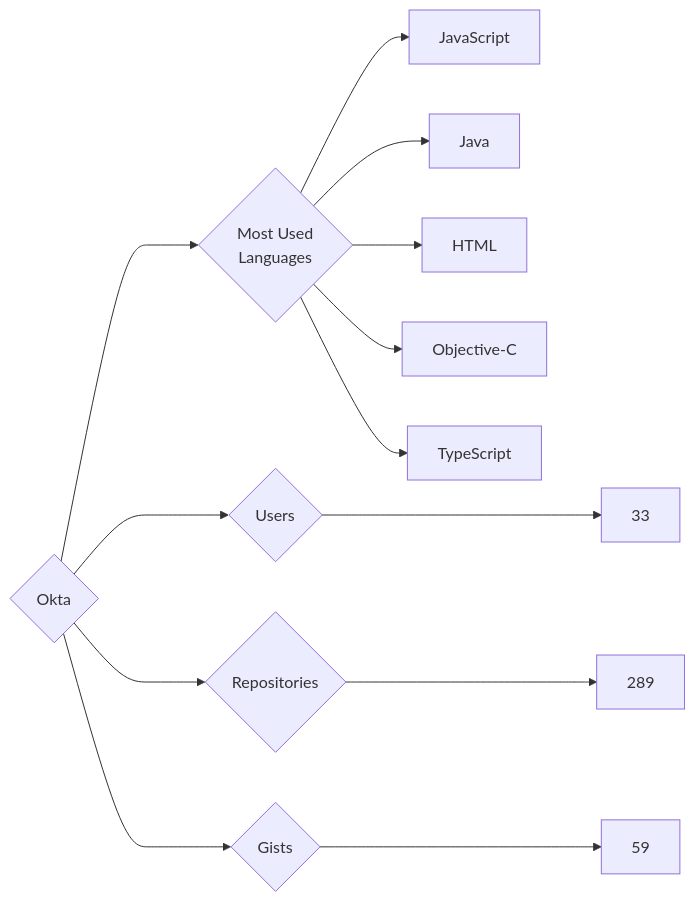
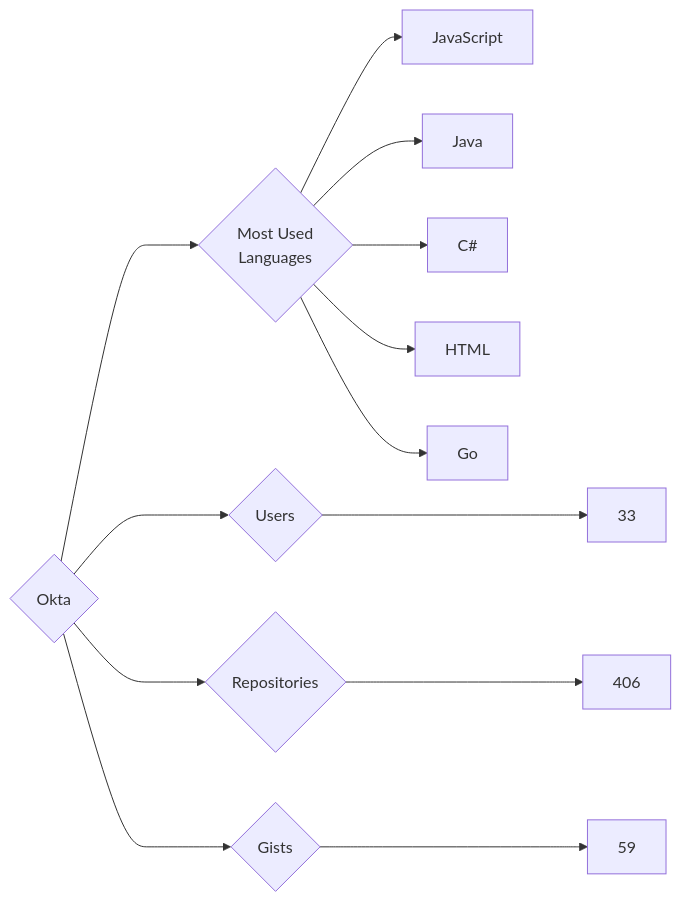
One commit to trickest/insiders changed the diagram in targets/Okta/README.md. Above: the diagram before and after it, drawn with Mermaid. The commit also changed 765 other files, not shown here.

````diff
--- a/targets/Okta/README.md
+++ b/targets/Okta/README.md
@@ -3,13 +3,13 @@
 ```mermaid
 graph LR
 COMPANY_NAME{Okta}
 COMPANY_NAME ---> U{Users} ---> UN[33]
-COMPANY_NAME ---> R{Repositories} ---> RN[289]
+COMPANY_NAME ---> R{Repositories} ---> RN[406]
 COMPANY_NAME ---> G{Gists} ---> GN[59]
 COMPANY_NAME ---> ML{Most Used<br>Languages}
 ML --> JavaScript[JavaScript]
 ML --> Java[Java]
+ML --> C#[C#]
 ML --> HTML[HTML]
-ML --> Objective-C[Objective-C]
-ML --> TypeScript[TypeScript]
+ML --> Go[Go]
 ```
````
